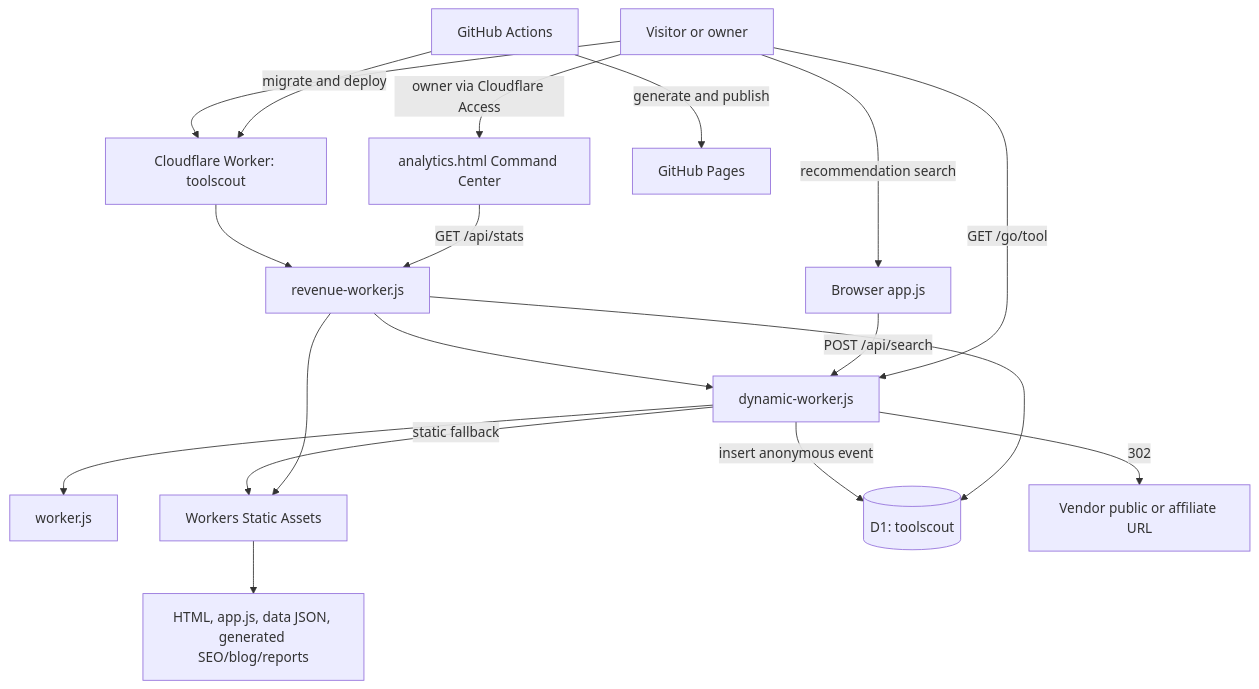
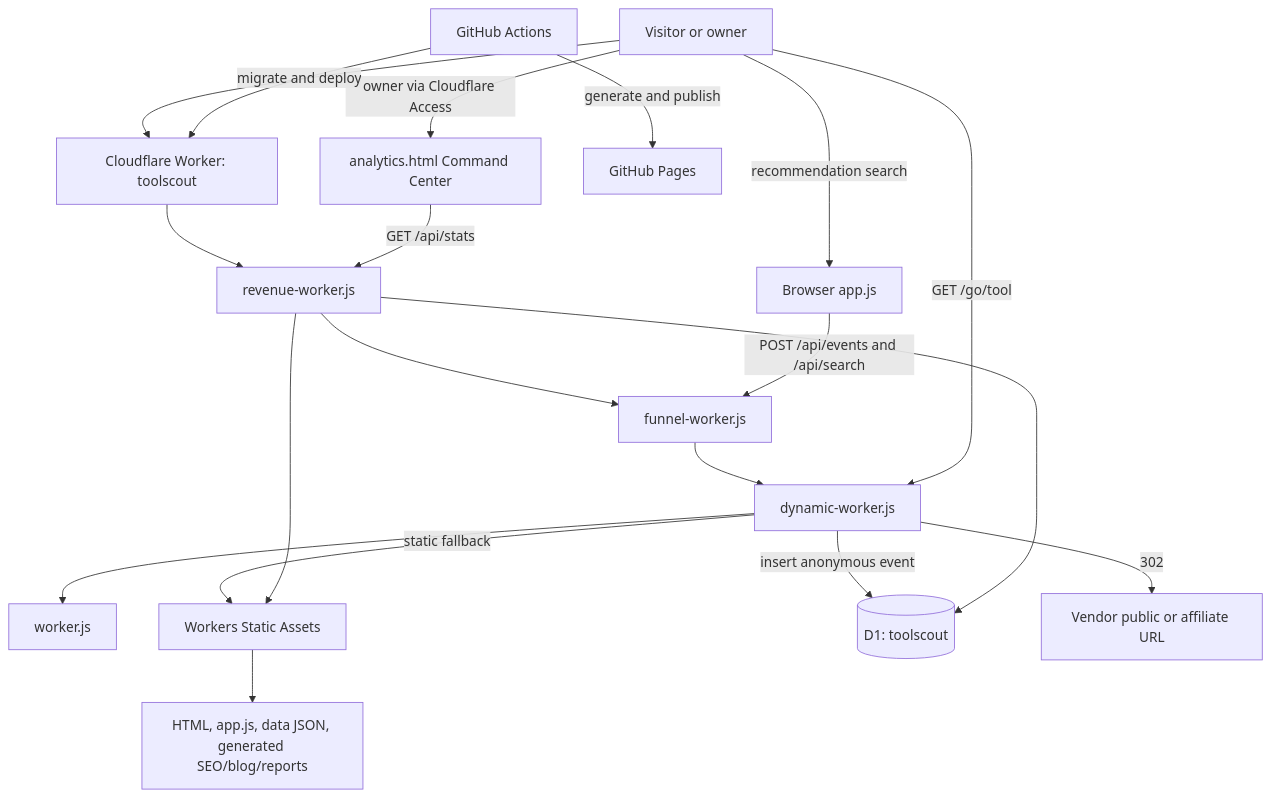
Before and after one commit to pcaiano/toolscout: the diagram in docs/PRODUCTION-BASELINE.md, drawn with Mermaid. The commit also changed other lines of this file and 9 other files, not shown here.

````diff
--- a/docs/PRODUCTION-BASELINE.md
+++ b/docs/PRODUCTION-BASELINE.md
@@ -47,20 +48,21 @@
 ```mermaid
 flowchart TD
     U[Visitor or owner] --> CF[Cloudflare Worker: toolscout]
     CF --> RW[revenue-worker.js]
-    RW --> DW[dynamic-worker.js]
+    RW --> FW[funnel-worker.js]
+    FW --> DW[dynamic-worker.js]
     DW --> BW[worker.js]
     DW -->|static fallback| A[Workers Static Assets]
     A --> H[HTML, app.js, data JSON, generated SEO/blog/reports]
     U -->|recommendation search| APP[Browser app.js]
-    APP -->|POST /api/search| DW
+    APP -->|POST /api/events and /api/search| FW
     U -->|GET /go/tool| DW
     DW -->|insert anonymous event| D1[(D1: toolscout)]
     DW -->|302| V[Vendor public or affiliate URL]
     U -->|owner via Cloudflare Access| CC[analytics.html Command Center]
     CC -->|GET /api/stats| RW
     RW --> D1
     RW --> A
     GH[GitHub Actions] -->|migrate and deploy| CF
     GH -->|generate and publish| P[GitHub Pages]
 ```
````
